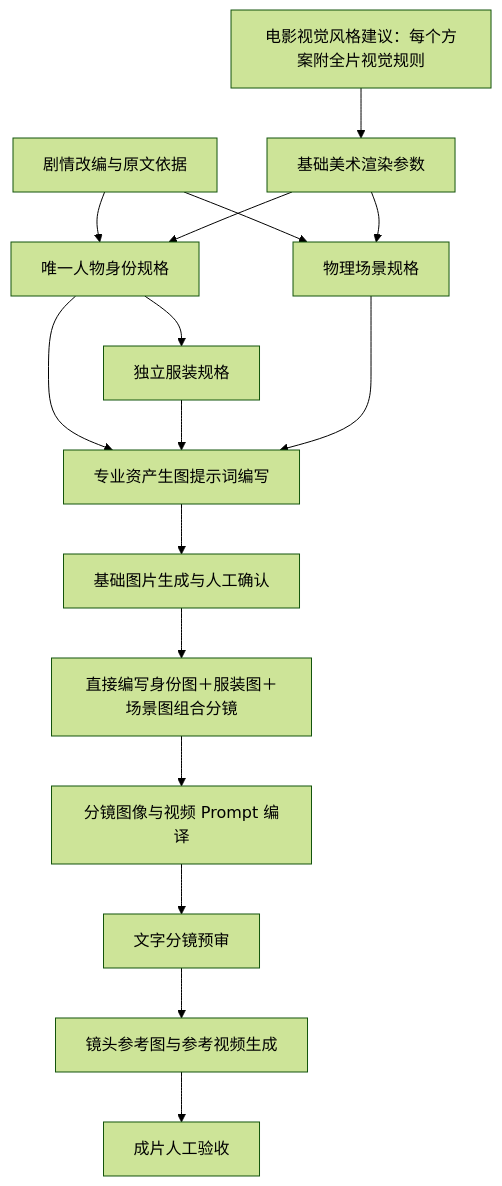
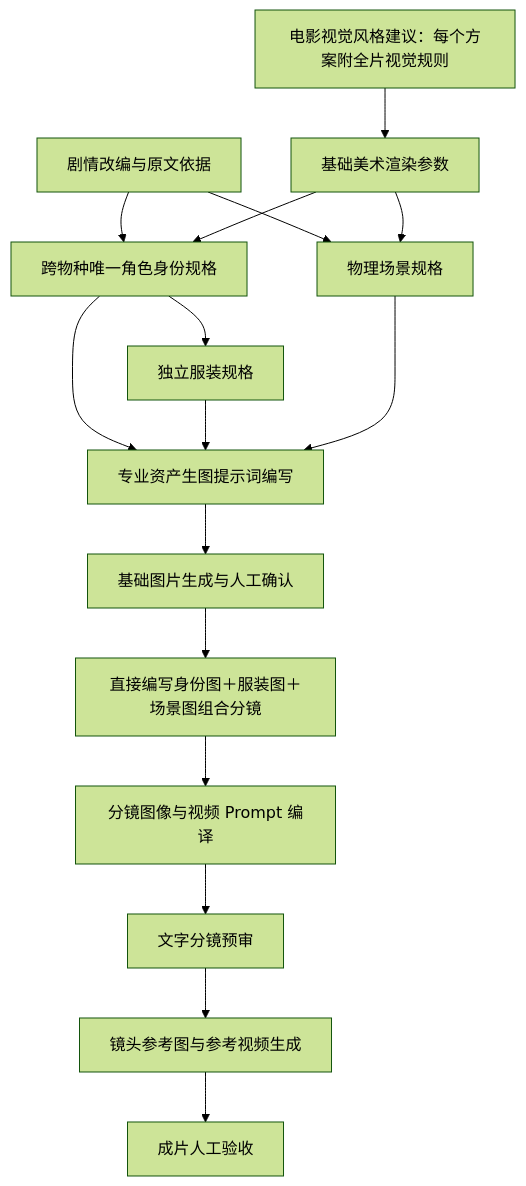
One commit to Aoike123/Storyloom changed the diagram in docs/node-skill-bindings.md. Above: the diagram before and after it, drawn with Mermaid (forest theme). The commit also changed other lines of this file and 18 other files, not shown here.

````diff
--- a/docs/node-skill-bindings.md
+++ b/docs/node-skill-bindings.md
@@ -7,18 +7,18 @@
 ```mermaid
 flowchart TD
     A[电影视觉风格建议：每个方案附全片视觉规则] --> B[基础美术渲染参数]
-    S[剧情改编与原文依据] --> C[唯一人物身份规格]
+    S[剧情改编与原文依据] --> C[跨物种唯一角色身份规格]
     B --> C
     C --> D[独立服装规格]
     S --> E[物理场景规格]
     B --> E
     C --> F[专业资产生图提示词编写]
     D --> F
     E --> F
     F --> G[基础图片生成与人工确认]
     G --> J[直接编写身份图＋服装图＋场景图组合分镜]
     J --> K[分镜图像与视频 Prompt 编译]
     K --> L[文字分镜预审]
     L --> M[镜头参考图与参考视频生成]
     M --> N[成片人工验收]
 ```
````
